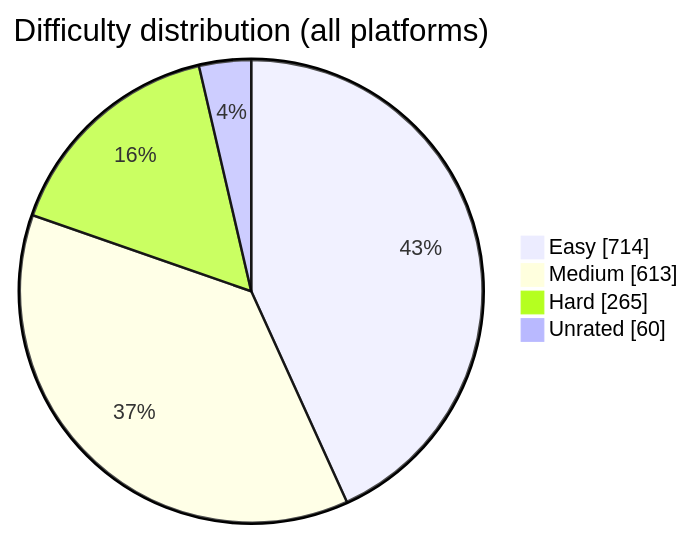
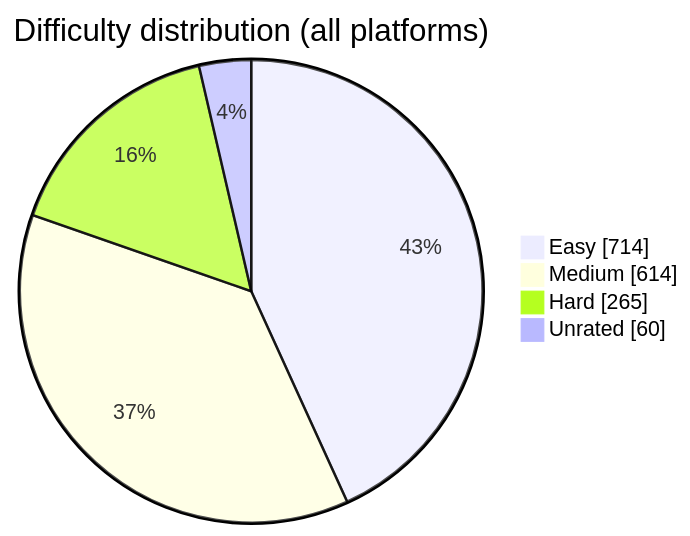
The diagram in README.md (BuildbyArindam/Daily-Coding-Log), drawn with Mermaid before and after one commit. The commit also changed other lines of this file, not shown here.

````diff
--- a/README.md
+++ b/README.md
@@ -93,7 +93,7 @@
 ```mermaid
 pie showData title Difficulty distribution (all platforms)
     "Easy" : 714
-    "Medium" : 613
+    "Medium" : 614
     "Hard" : 265
     "Unrated" : 60
 ```
````
